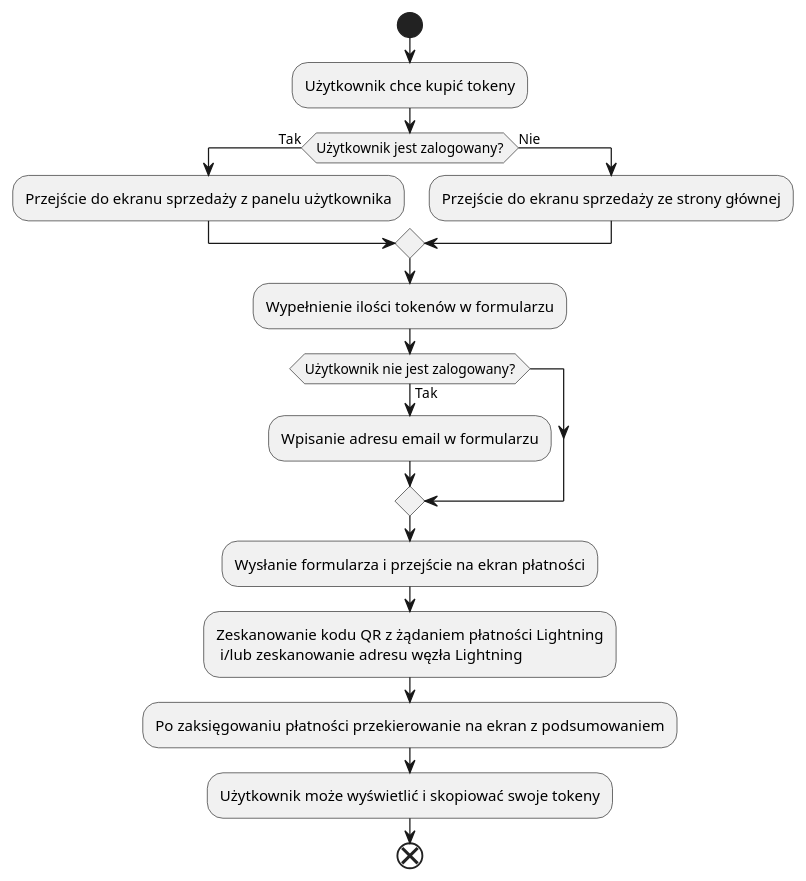
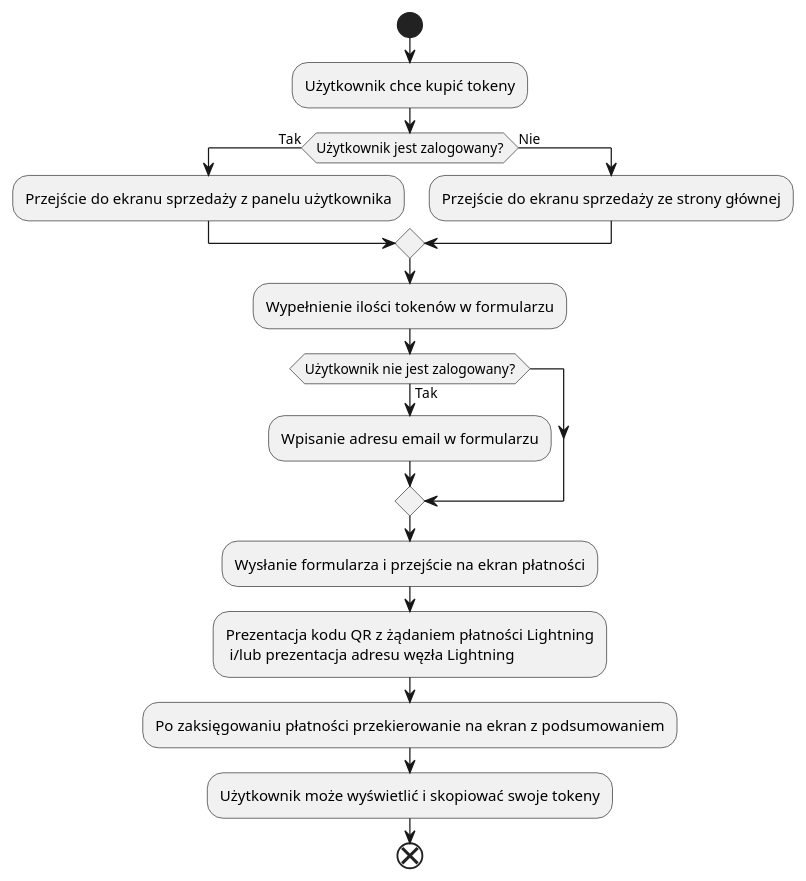
One commit to Artheanos/LN-Payments changed the diagram in docs/src/diagrams/payment_highlevel_flow.puml. Above: the diagram before and after it, drawn with PlantUML. The commit also changed 15 other files, not shown here.

```diff
--- a/docs/src/diagrams/payment_highlevel_flow.puml
+++ b/docs/src/diagrams/payment_highlevel_flow.puml
@@ -1,18 +1,18 @@
 @startuml
 start
 :Użytkownik chce kupić tokeny;
 if (Użytkownik jest zalogowany?) then (Tak)
     :Przejście do ekranu sprzedaży z panelu użytkownika;
 else (Nie)
     :Przejście do ekranu sprzedaży ze strony głównej;
 endif
 :Wypełnienie ilości tokenów w formularzu;
 if (Użytkownik nie jest zalogowany?) then (Tak)
     :Wpisanie adresu email w formularzu;
 endif
 :Wysłanie formularza i przejście na ekran płatności;
-:Zeskanowanie kodu QR z żądaniem płatności Lightning\n i/lub zeskanowanie adresu węzła Lightning;
+:Prezentacja kodu QR z żądaniem płatności Lightning\n i/lub prezentacja adresu węzła Lightning;
 :Po zaksięgowaniu płatności przekierowanie na ekran z podsumowaniem;
 :Użytkownik może wyświetlić i skopiować swoje tokeny;
 end
 @enduml
```
